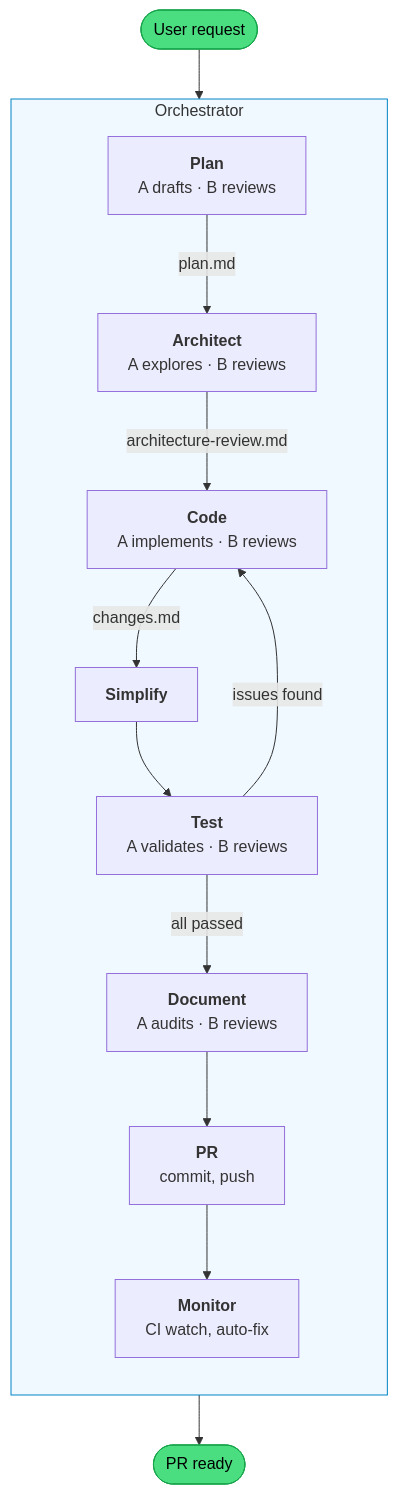
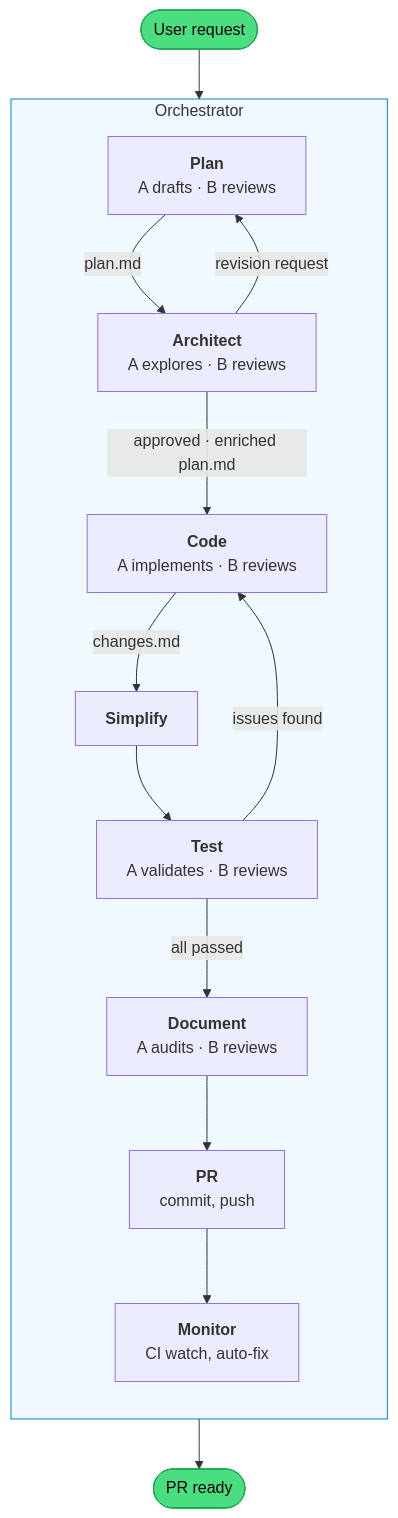
One commit to patricklafrance/plantz-claude changed the diagram in README.md. Above: the diagram before and after it, drawn with Mermaid. The commit also changed other lines of this file and 10 other files, not shown here.

````diff
--- a/README.md
+++ b/README.md
@@ -65,24 +66,26 @@
 ```mermaid
 flowchart TD
     Start([User request]) --> Orch
 
     subgraph Orch["Orchestrator"]
         direction TB
         Plan["<b>Plan</b><br/>A drafts · B reviews"] -- "plan.md" -->
-        Architect["<b>Architect</b><br/>A explores · B reviews"] -- "architecture-review.md" -->
+        Architect["<b>Architect</b><br/>A explores · B reviews"]
+        Architect -- "revision request" --> Plan
+        Architect -- "approved · enriched plan.md" -->
         Code["<b>Code</b><br/>A implements · B reviews"] -- "changes.md" -->
         Simplify["<b>Simplify</b>"] -->
         Test["<b>Test</b><br/>A validates · B reviews"]
         Test -- "issues found" --> Code
         Test -- "all passed" -->
         Document["<b>Document</b><br/>A audits · B reviews"] -->
         PR["<b>PR</b><br/>commit, push"] -->
         Monitor["<b>Monitor</b><br/>CI watch, auto-fix"]
     end
 
     Monitor --> Done([PR ready])
 
     style Start fill:#4ade80,stroke:#16a34a,color:#000
     style Done fill:#4ade80,stroke:#16a34a,color:#000
     style Orch fill:#f0f9ff,stroke:#0284c7
 ```
````
